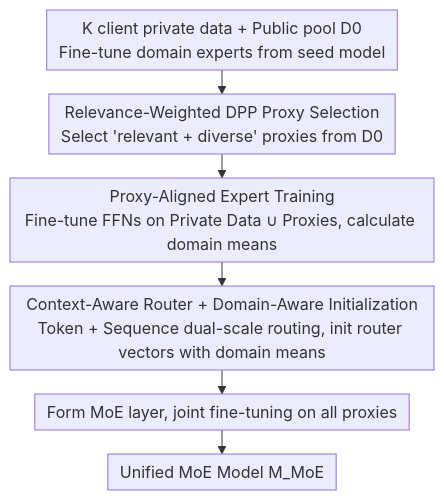
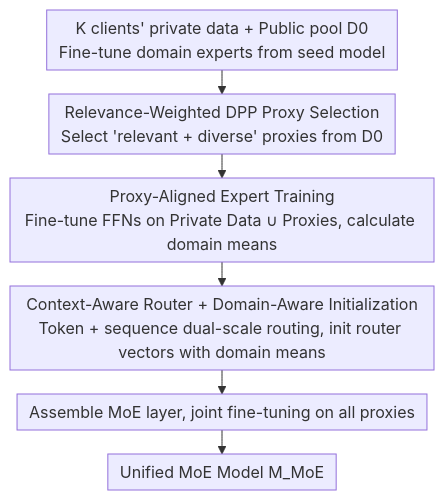
The diagram in docs/ICML2026/ai_safety/metamoe_diversity-aware_proxy_selection_for_privacy-preserving_mixture-of-expert.md (zhaoyang97/Paper-Notes-en), drawn with Mermaid before and after one commit. The commit also changed other lines of this file and 5084 other files, not shown here.

````diff
--- a/docs/ICML2026/ai_safety/metamoe_diversity-aware_proxy_selection_for_privacy-preserving_mixture-of-expert.md
+++ b/docs/ICML2026/ai_safety/metamoe_diversity-aware_proxy_selection_for_privacy-preserving_mixture-of-expert.md
@@ -42,9 +42,9 @@
 ```mermaid
 %%{init: {'flowchart': {'rankSpacing': 24, 'nodeSpacing': 28, 'padding': 6, 'wrappingWidth': 400}}}%%
 flowchart TD
-    A["K client private data + Public pool D0<br/>Fine-tune domain experts from seed model"] --> B["Relevance-Weighted DPP Proxy Selection<br/>Select 'relevant + diverse' proxies from D0"]
+    A["K clients' private data + Public pool D0<br/>Fine-tune domain experts from seed model"] --> B["Relevance-Weighted DPP Proxy Selection<br/>Select 'relevant + diverse' proxies from D0"]
     B --> C["Proxy-Aligned Expert Training<br/>Fine-tune FFNs on Private Data ∪ Proxies, calculate domain means"]
-    C --> D["Context-Aware Router + Domain-Aware Initialization<br/>Token + Sequence dual-scale routing, init router vectors with domain means"]
-    D --> E["Form MoE layer, joint fine-tuning on all proxies"]
+    C --> D["Context-Aware Router + Domain-Aware Initialization<br/>Token + sequence dual-scale routing, init router vectors with domain means"]
+    D --> E["Assemble MoE layer, joint fine-tuning on all proxies"]
     E --> F["Unified MoE Model M_MoE"]
 ```
````
